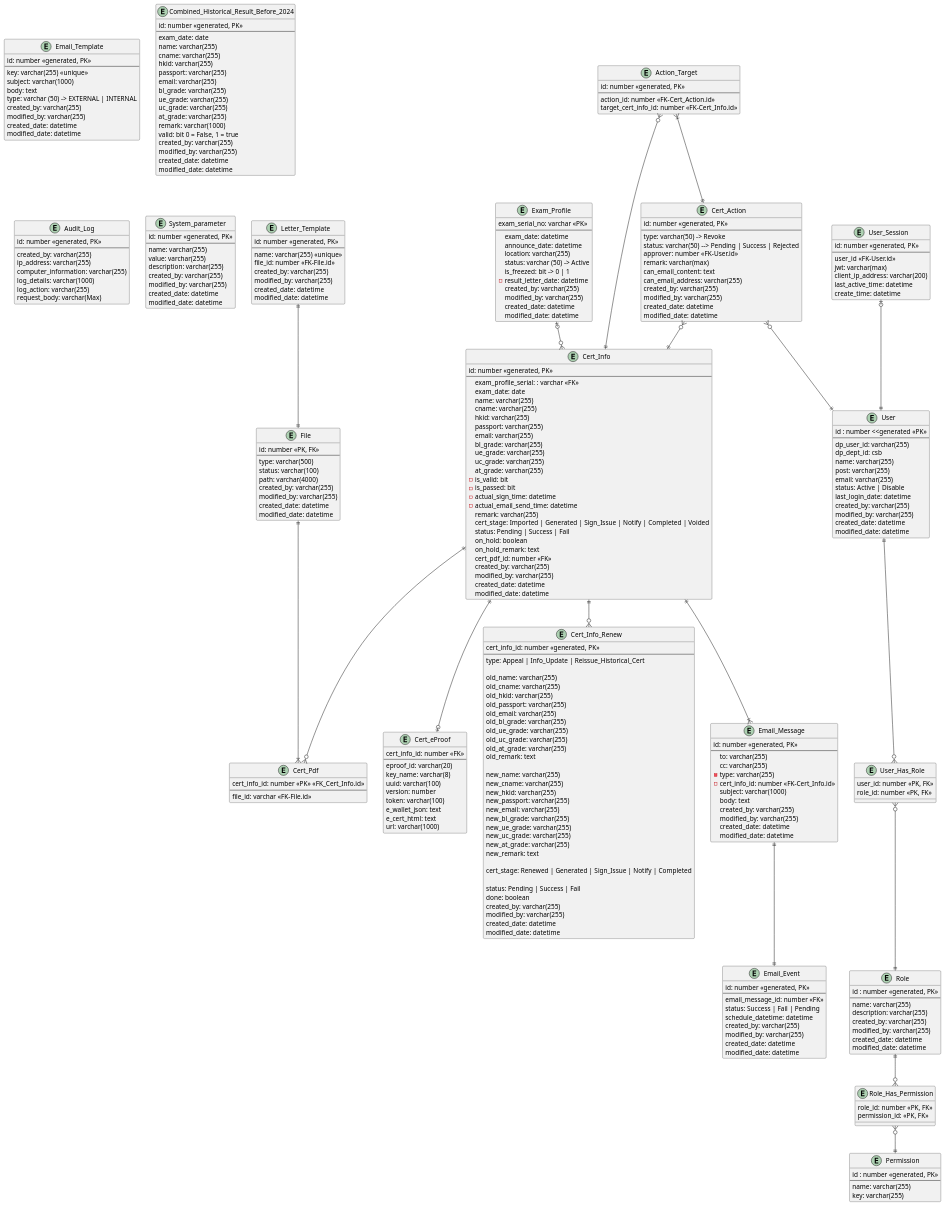
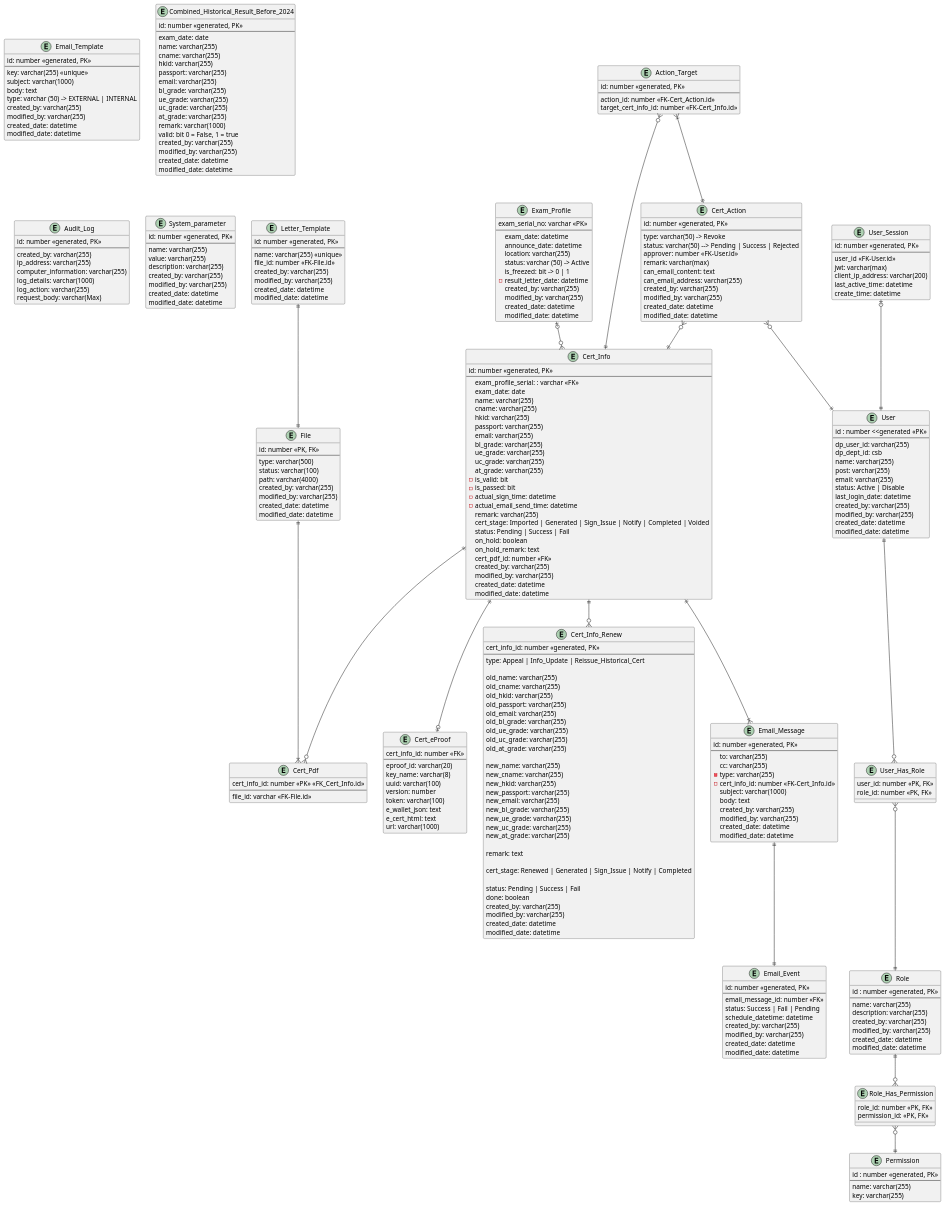
The diagram in er-diagram.puml (igsl-group/csb_eproof), drawn with PlantUML before and after one commit.

Commit message:
Update renew_cert table in ERD

```diff
--- a/er-diagram.puml
+++ b/er-diagram.puml
@@ -161,7 +161,6 @@
     old_ue_grade: varchar(255)
     old_uc_grade: varchar(255)
     old_at_grade: varchar(255)
-    old_remark: text
 
     new_name: varchar(255)
     new_cname: varchar(255)
@@ -172,7 +171,8 @@
     new_ue_grade: varchar(255)
     new_uc_grade: varchar(255)
     new_at_grade: varchar(255)
-    new_remark: text
+
+    remark: text
 
     cert_stage: Renewed | Generated | Sign_Issue | Notify | Completed
 
```
